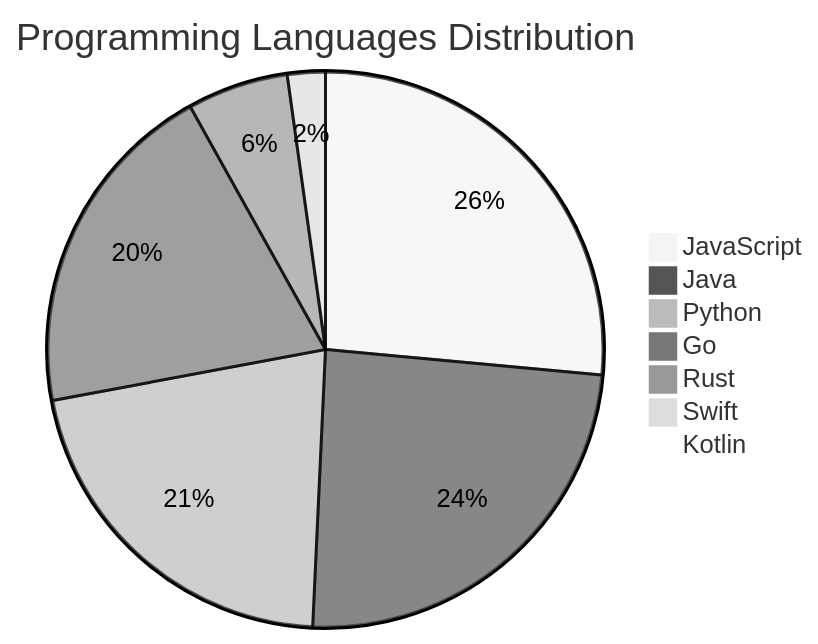
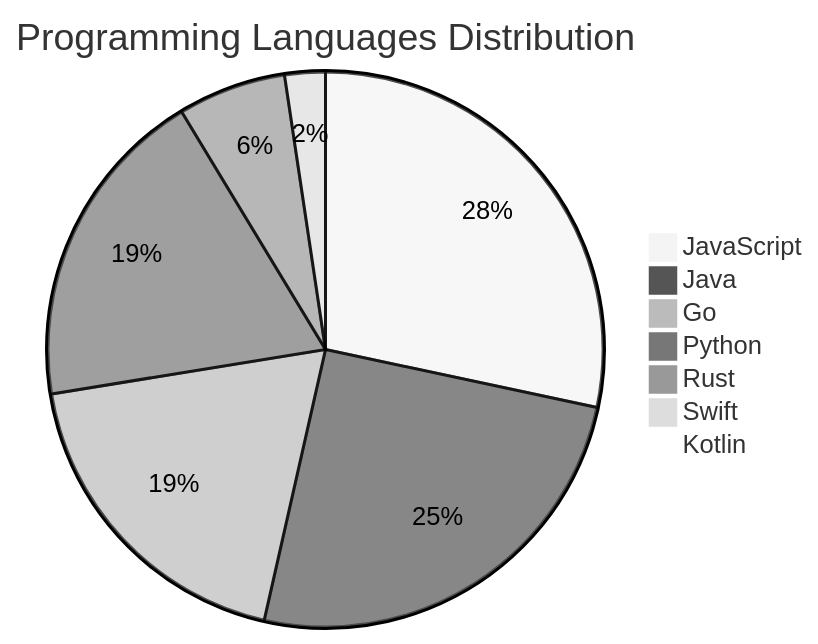
One commit to Derrick-MUGISHA/github-activity-bot changed the diagram in README.md. Above: the diagram before and after it, drawn with Mermaid (neutral theme). The commit also changed other lines of this file and 4 other files, not shown here.

````diff
--- a/README.md
+++ b/README.md
@@ -207,10 +207,10 @@
 ```mermaid
 pie title Programming Languages Distribution
     "JavaScript" : 36
-    "Java" : 33
-    "Python" : 29
-    "Go" : 27
+    "Java" : 32
+    "Go" : 24
+    "Python" : 24
     "Rust" : 8
     "Swift" : 3
     "Kotlin" : 1
 ```
````
